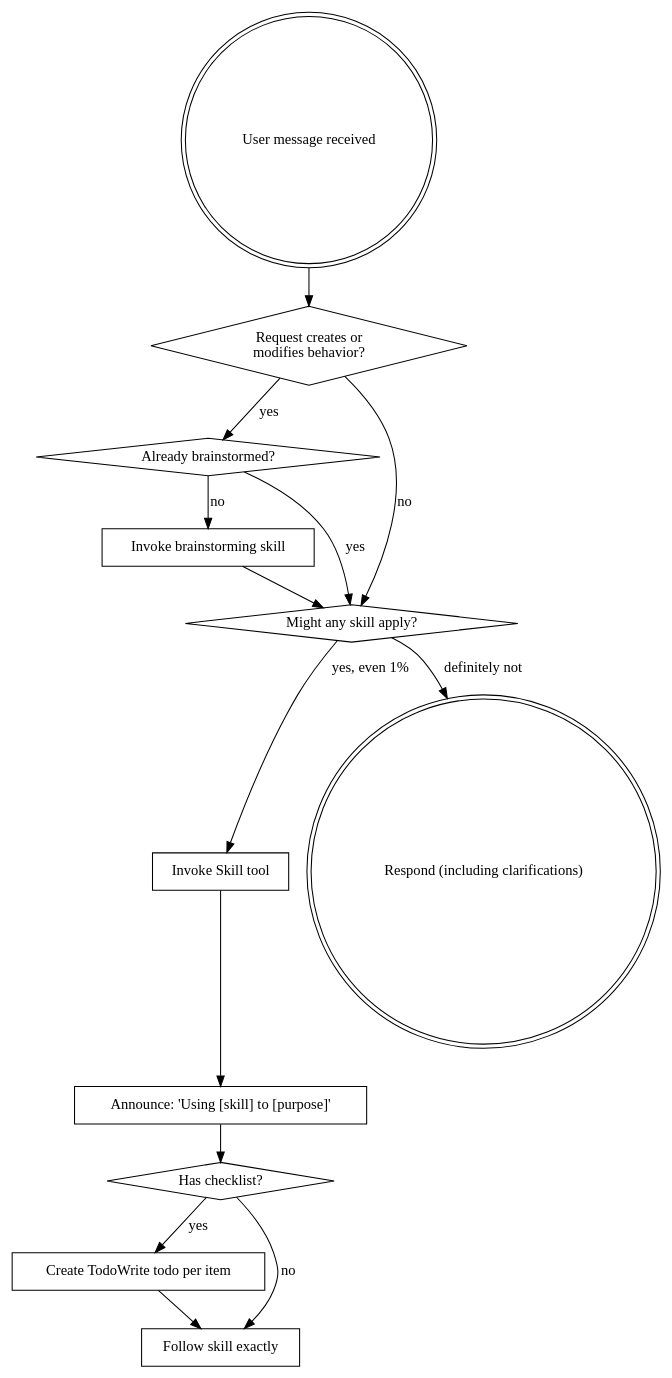
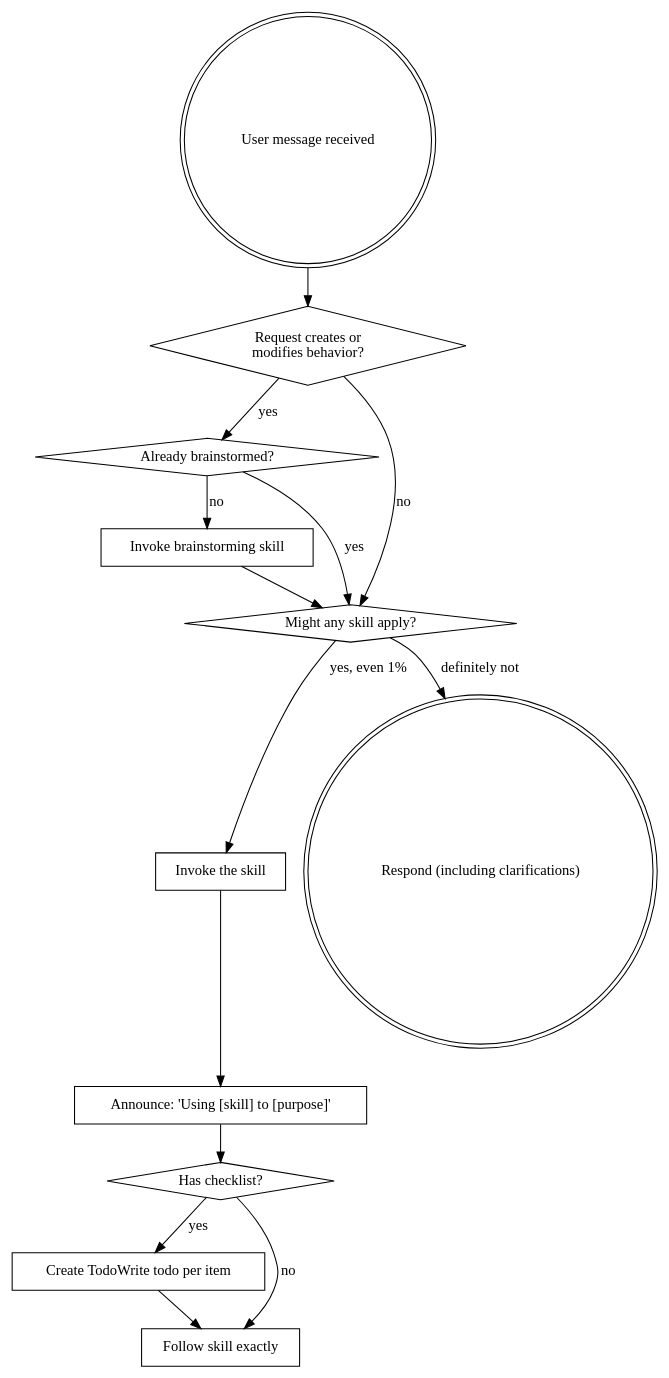
The diagram in skills/using-superpowers/SKILL.md (HeathWang/superpowers), drawn with Graphviz before and after one commit. The commit also changed other lines of this file and 109 other files, not shown here.

````diff
--- a/skills/using-superpowers/SKILL.md
+++ b/skills/using-superpowers/SKILL.md
@@ -46,29 +52,29 @@
 ```dot
 digraph skill_flow {
     "User message received" [shape=doublecircle];
     "Request creates or\nmodifies behavior?" [shape=diamond];
     "Already brainstormed?" [shape=diamond];
     "Invoke brainstorming skill" [shape=box];
     "Might any skill apply?" [shape=diamond];
-    "Invoke Skill tool" [shape=box];
+    "Invoke the skill" [shape=box];
     "Announce: 'Using [skill] to [purpose]'" [shape=box];
     "Has checklist?" [shape=diamond];
     "Create TodoWrite todo per item" [shape=box];
     "Follow skill exactly" [shape=box];
     "Respond (including clarifications)" [shape=doublecircle];
 
     "User message received" -> "Request creates or\nmodifies behavior?";
     "Request creates or\nmodifies behavior?" -> "Already brainstormed?" [label="yes"];
     "Request creates or\nmodifies behavior?" -> "Might any skill apply?" [label="no"];
     "Already brainstormed?" -> "Invoke brainstorming skill" [label="no"];
     "Already brainstormed?" -> "Might any skill apply?" [label="yes"];
     "Invoke brainstorming skill" -> "Might any skill apply?";
-    "Might any skill apply?" -> "Invoke Skill tool" [label="yes, even 1%"];
+    "Might any skill apply?" -> "Invoke the skill" [label="yes, even 1%"];
     "Might any skill apply?" -> "Respond (including clarifications)" [label="definitely not"];
-    "Invoke Skill tool" -> "Announce: 'Using [skill] to [purpose]'";
+    "Invoke the skill" -> "Announce: 'Using [skill] to [purpose]'";
     "Announce: 'Using [skill] to [purpose]'" -> "Has checklist?";
     "Has checklist?" -> "Create TodoWrite todo per item" [label="yes"];
     "Has checklist?" -> "Follow skill exactly" [label="no"];
     "Create TodoWrite todo per item" -> "Follow skill exactly";
 }
 ```
````
